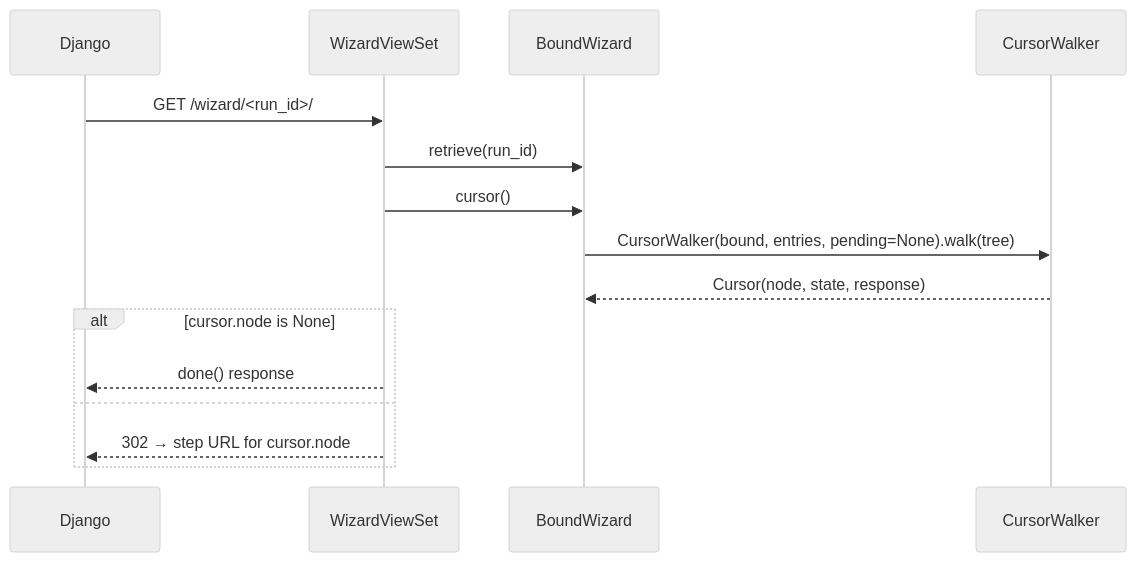
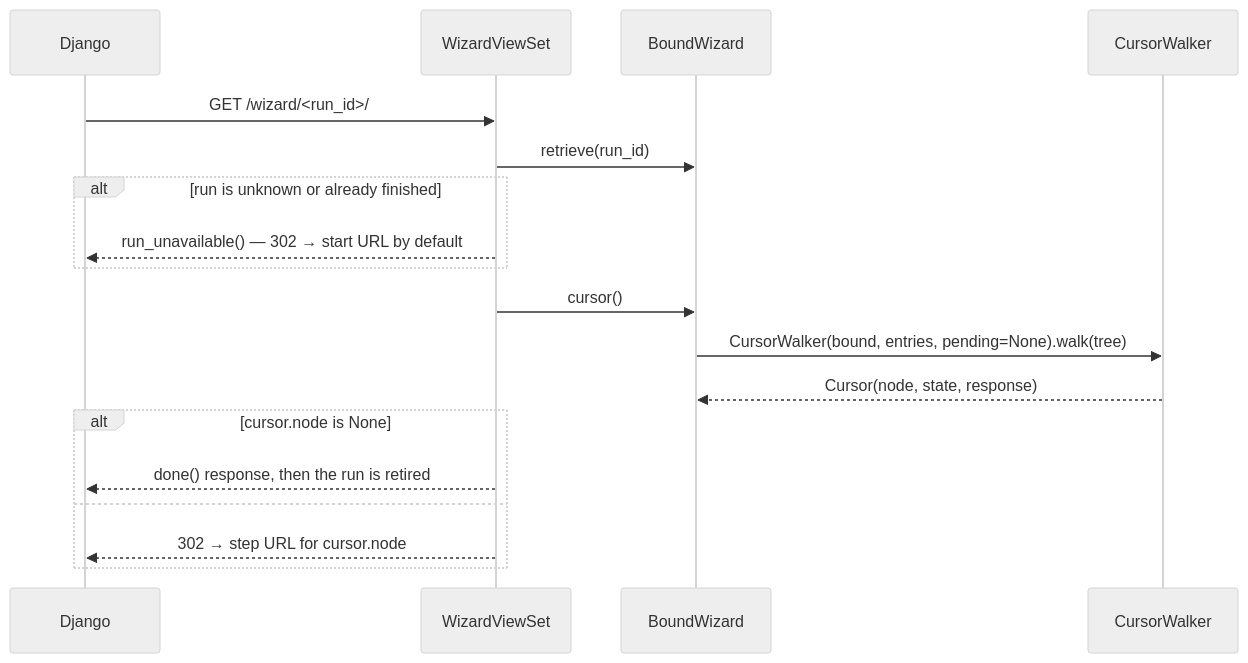
One commit to kevincarrogan/django-gandalf changed the third of 5 diagrams in ARCHITECTURE.md. Above: the diagram before and after it, drawn with Mermaid (neutral theme). The commit also changed other lines of this file and 9 other files, not shown here.

````diff
--- a/ARCHITECTURE.md
+++ b/ARCHITECTURE.md
@@ -118,18 +118,21 @@
 ```mermaid
 sequenceDiagram
     participant Django
     participant WVS as WizardViewSet
     participant BW as BoundWizard
     participant CWK as CursorWalker
 
     Django->>WVS: GET /wizard/<run_id>/
     WVS->>BW: retrieve(run_id)
+    alt run is unknown or already finished
+        WVS-->>Django: run_unavailable() — 302 → start URL by default
+    end
     WVS->>BW: cursor()
     BW->>CWK: CursorWalker(bound, entries, pending=None).walk(tree)
     CWK-->>BW: Cursor(node, state, response)
     alt cursor.node is None
-        WVS-->>Django: done() response
+        WVS-->>Django: done() response, then the run is retired
     else
         WVS-->>Django: 302 → step URL for cursor.node
     end
 ```
````
